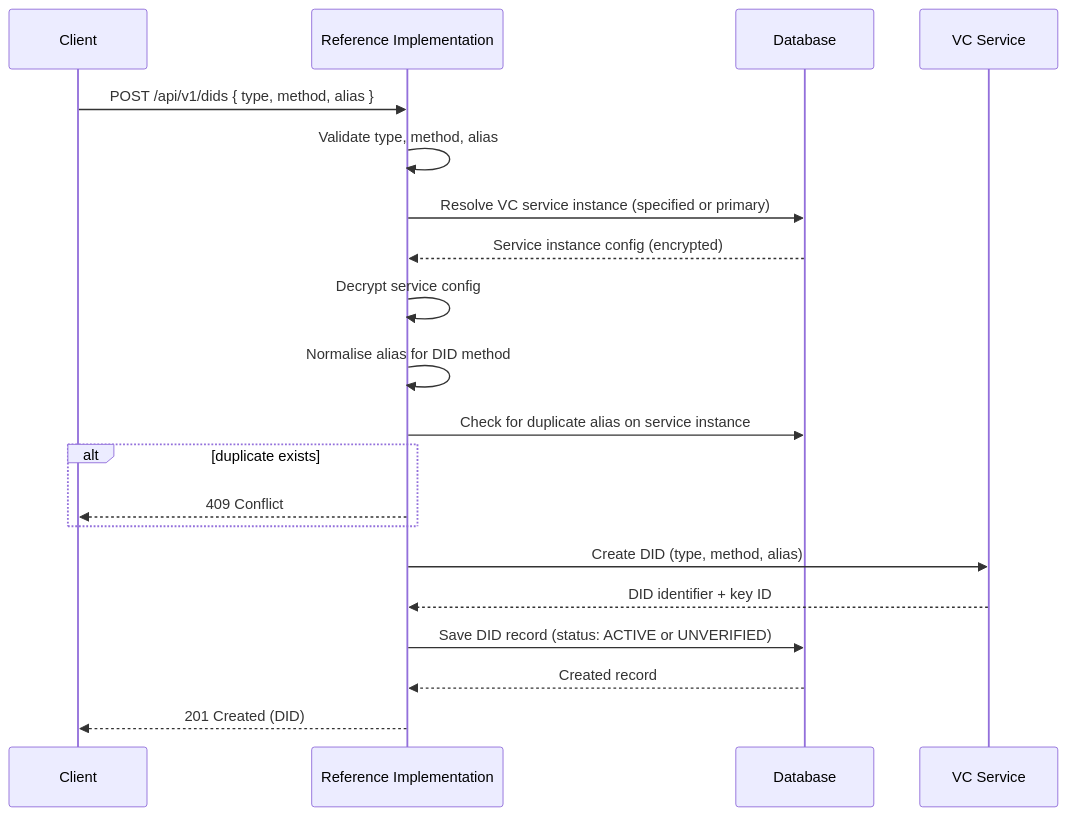
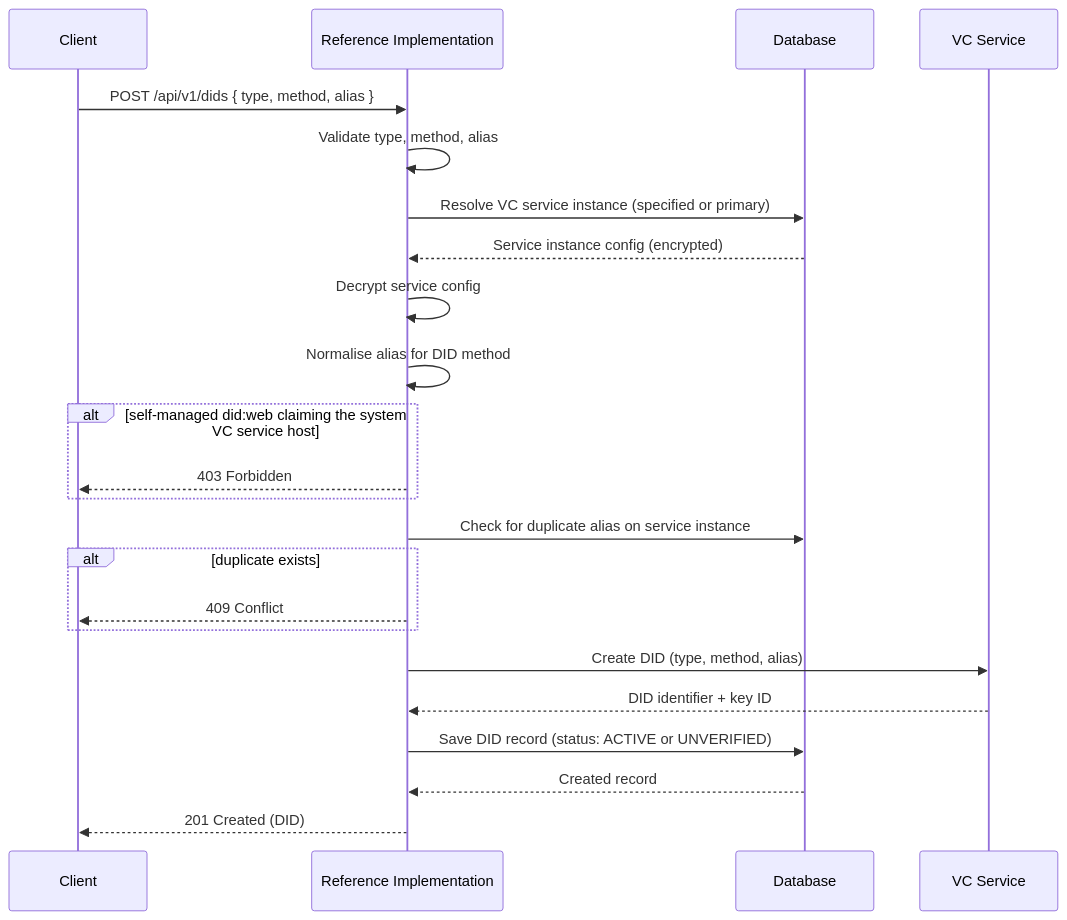
The first of 5 diagrams in documentation/docs/reference-implementation/api/dids.md (uncefact/tests-untp), drawn with Mermaid before and after one commit. The commit also changed other lines of this file and 6 other files, not shown here.

````diff
--- a/documentation/docs/reference-implementation/api/dids.md
+++ b/documentation/docs/reference-implementation/api/dids.md
@@ -135,23 +137,26 @@
 ```mermaid
 sequenceDiagram
     participant Client
     participant RI as Reference Implementation
     participant DB as Database
     participant VC as VC Service
 
     Client->>RI: POST /api/v1/dids { type, method, alias }
     RI->>RI: Validate type, method, alias
     RI->>DB: Resolve VC service instance (specified or primary)
     DB-->>RI: Service instance config (encrypted)
     RI->>RI: Decrypt service config
     RI->>RI: Normalise alias for DID method
+    alt self-managed did:web claiming the system VC service host
+        RI-->>Client: 403 Forbidden
+    end
     RI->>DB: Check for duplicate alias on service instance
     alt duplicate exists
         RI-->>Client: 409 Conflict
     end
     RI->>VC: Create DID (type, method, alias)
     VC-->>RI: DID identifier + key ID
     RI->>DB: Save DID record (status: ACTIVE or UNVERIFIED)
     DB-->>RI: Created record
     RI-->>Client: 201 Created (DID)
 ```
````
